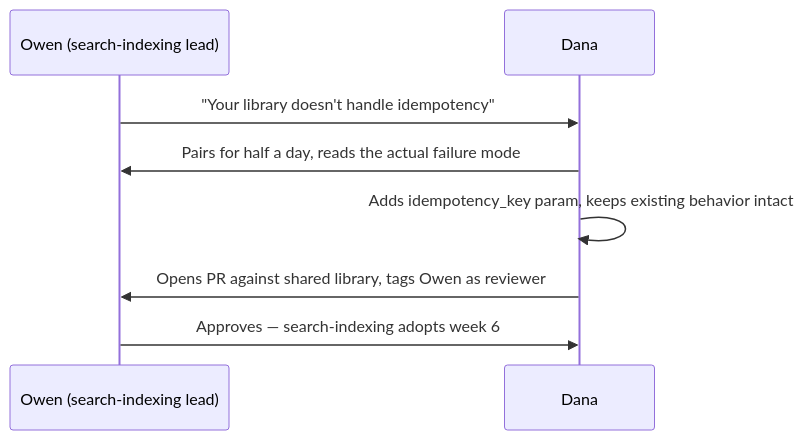
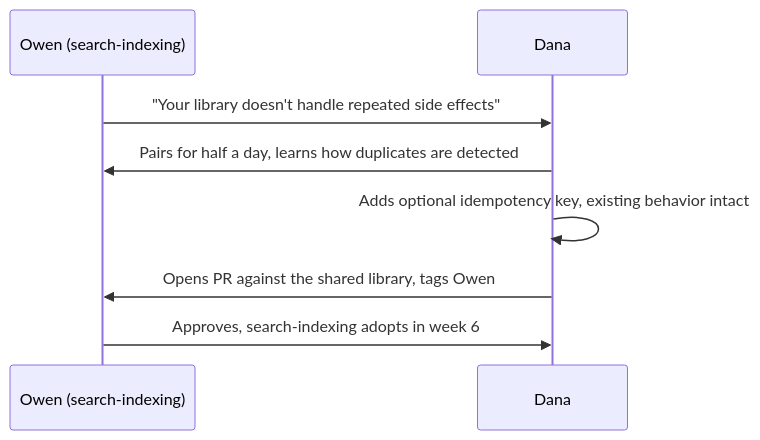
Before and after one commit to francoandreDev/knowledge: the second of 2 diagrams in src/content/git-teamwork/technical-leadership/L3-deep-dive.mdx, drawn with Mermaid. The commit also changed other lines of this file and 3 other files, not shown here.

````diff
--- a/src/content/git-teamwork/technical-leadership/L3-deep-dive.mdx
+++ b/src/content/git-teamwork/technical-leadership/L3-deep-dive.mdx
@@ -190,10 +108,10 @@
 ```mermaid
 sequenceDiagram
-    participant Owen as Owen (search-indexing lead)
+    participant Owen as Owen (search-indexing)
     participant Dana
-    Owen->>Dana: "Your library doesn't handle idempotency"
-    Dana->>Owen: Pairs for half a day, reads the actual failure mode
-    Dana->>Dana: Adds idempotency_key param, keeps existing behavior intact
-    Dana->>Owen: Opens PR against shared library, tags Owen as reviewer
-    Owen->>Dana: Approves — search-indexing adopts week 6
+    Owen->>Dana: "Your library doesn't handle repeated side effects"
+    Dana->>Owen: Pairs for half a day, learns how duplicates are detected
+    Dana->>Dana: Adds optional idempotency key, existing behavior intact
+    Dana->>Owen: Opens PR against the shared library, tags Owen
+    Owen->>Dana: Approves, search-indexing adopts in week 6
 ```
````
